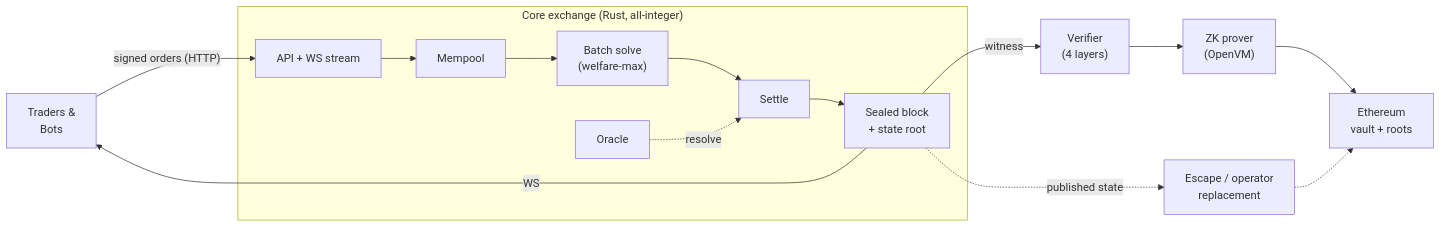
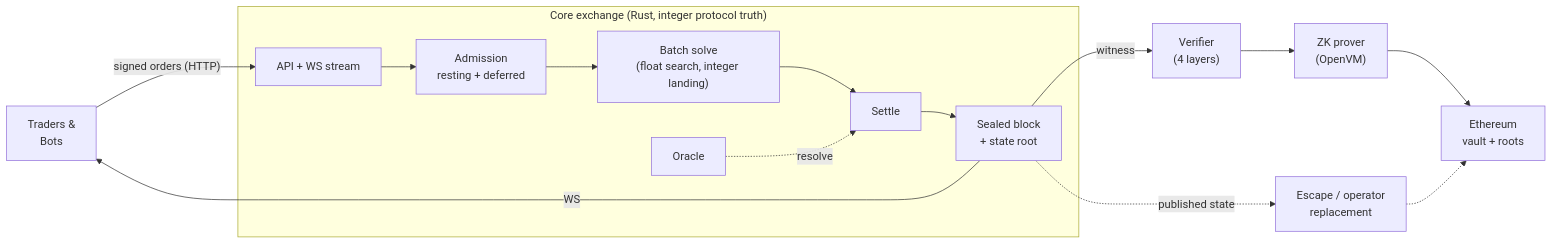
One commit to MetaB0y/sybil changed the first of 2 diagrams in docs/README.md. Above: the diagram before and after it, drawn with Mermaid. The commit also changed other lines of this file and 68 other files, not shown here.

Commit message:
docs: overhaul architecture guide and diagrams

````diff
--- a/docs/README.md
+++ b/docs/README.md
@@ -34,16 +35,16 @@
 ```mermaid
 graph LR
     T["Traders &<br/>Bots"] -->|"signed orders (HTTP)"| API
-    subgraph core["Core exchange (Rust, all-integer)"]
-        API["API + WS stream"] --> MP["Mempool"]
-        MP --> SOLVE["Batch solve<br/>(welfare-max)"]
+    subgraph core["Core exchange (Rust, integer protocol truth)"]
+        API["API + WS stream"] --> MP["Admission<br/>resting + deferred"]
+        MP --> SOLVE["Batch solve<br/>(float search, integer landing)"]
         SOLVE --> SETTLE["Settle"]
         SETTLE --> BLOCK["Sealed block<br/>+ state root"]
         ORACLE["Oracle"] -.->|resolve| SETTLE
     end
     BLOCK -->|WS| T
     BLOCK -->|"witness"| VER["Verifier<br/>(4 layers)"]
     VER --> PROVER["ZK prover<br/>(OpenVM)"] --> L1["Ethereum<br/>vault + roots"]
     BLOCK -.->|"published state"| ESCAPE["Escape / operator<br/>replacement"]
     ESCAPE -.-> L1
 ```
````
